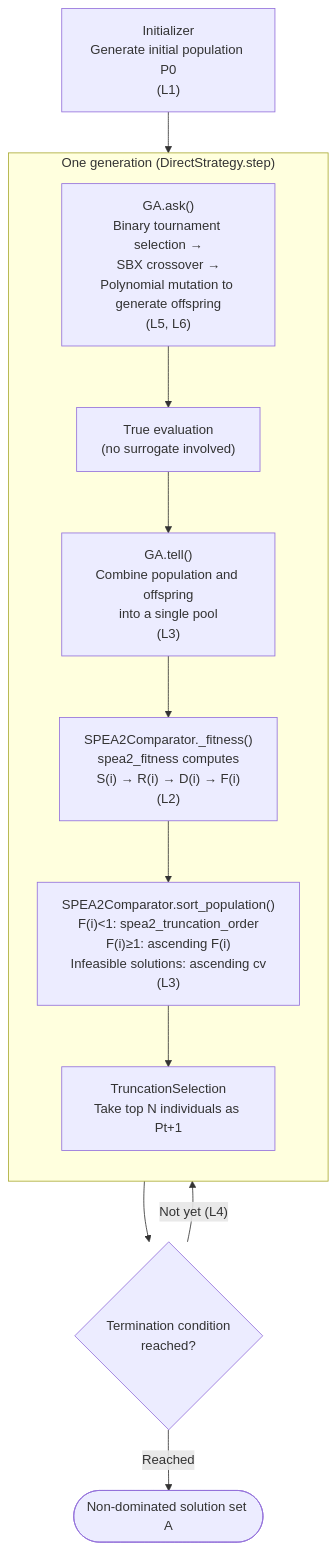
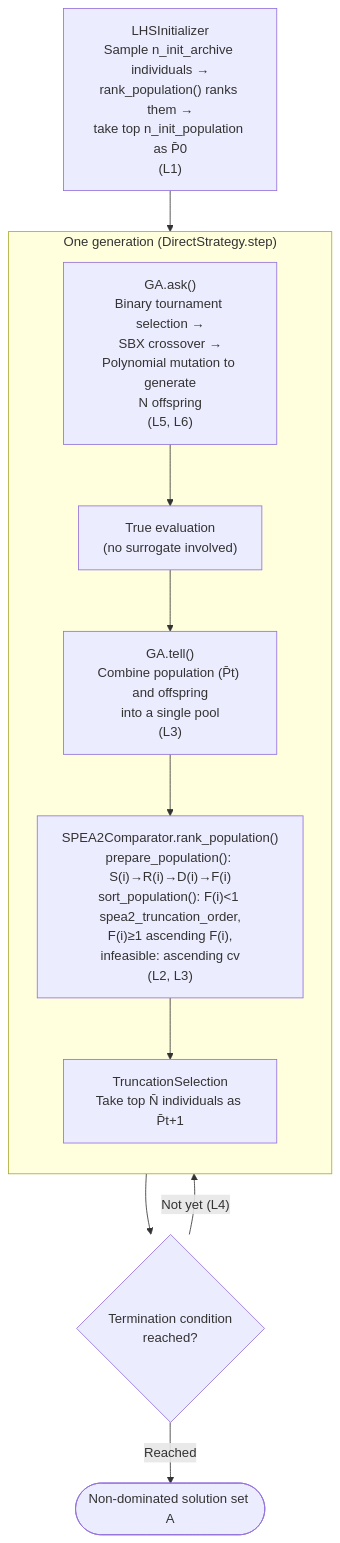
Before and after one commit to shlka/saealib: the diagram in docs/algorithms/spea2.md, drawn with Mermaid. The commit also changed other lines of this file and 7 other files, not shown here.

Commit message:
docs: reflect rank_population in SPEA2, Comparator, Initializer, and SurvivorSelection docs

````diff
--- a/docs/algorithms/spea2.md
+++ b/docs/algorithms/spea2.md
@@ -51,15 +51,14 @@
 ```{mermaid}
 flowchart TD
-    INIT["Initializer<br/>Generate initial population P0<br/>(L1)"] --> GEN
+    INIT["LHSInitializer<br/>Sample n_init_archive individuals →<br/>rank_population() ranks them →<br/>take top n_init_population as P̄0<br/>(L1)"] --> GEN
     subgraph GEN["One generation (DirectStrategy.step)"]
         direction TB
-        ASK["GA.ask()<br/>Binary tournament selection →<br/>SBX crossover →<br/>Polynomial mutation to generate offspring<br/>(L5, L6)"] --> EVAL["True evaluation<br/>(no surrogate involved)"]
-        EVAL --> COMB["GA.tell()<br/>Combine population and offspring<br/>into a single pool<br/>(L3)"]
-        COMB --> FIT["SPEA2Comparator._fitness()<br/>spea2_fitness computes<br/>S(i) → R(i) → D(i) → F(i)<br/>(L2)"]
-        FIT --> SORT["SPEA2Comparator.sort_population()<br/>F(i)&lt;1: spea2_truncation_order<br/>F(i)≥1: ascending F(i)<br/>Infeasible solutions: ascending cv<br/>(L3)"]
-        SORT --> TRUNC["TruncationSelection<br/>Take top N individuals as Pt+1"]
+        ASK["GA.ask()<br/>Binary tournament selection →<br/>SBX crossover →<br/>Polynomial mutation to generate<br/>N offspring<br/>(L5, L6)"] --> EVAL["True evaluation<br/>(no surrogate involved)"]
+        EVAL --> COMB["GA.tell()<br/>Combine population (P̄t) and offspring<br/>into a single pool<br/>(L3)"]
+        COMB --> RANK["SPEA2Comparator.rank_population()<br/>prepare_population(): S(i)→R(i)→D(i)→F(i)<br/>sort_population(): F(i)&lt;1 spea2_truncation_order,<br/>F(i)≥1 ascending F(i),<br/>infeasible: ascending cv<br/>(L2, L3)"]
+        RANK --> TRUNC["TruncationSelection<br/>Take top N̄ individuals as P̄t+1"]
     end
     GEN --> TERM{"Termination condition<br/>reached?"}
     TERM -- "Not yet (L4)" --> GEN
     TERM -- "Reached" --> RESULT(["Non-dominated solution set A"])
 ```
````
